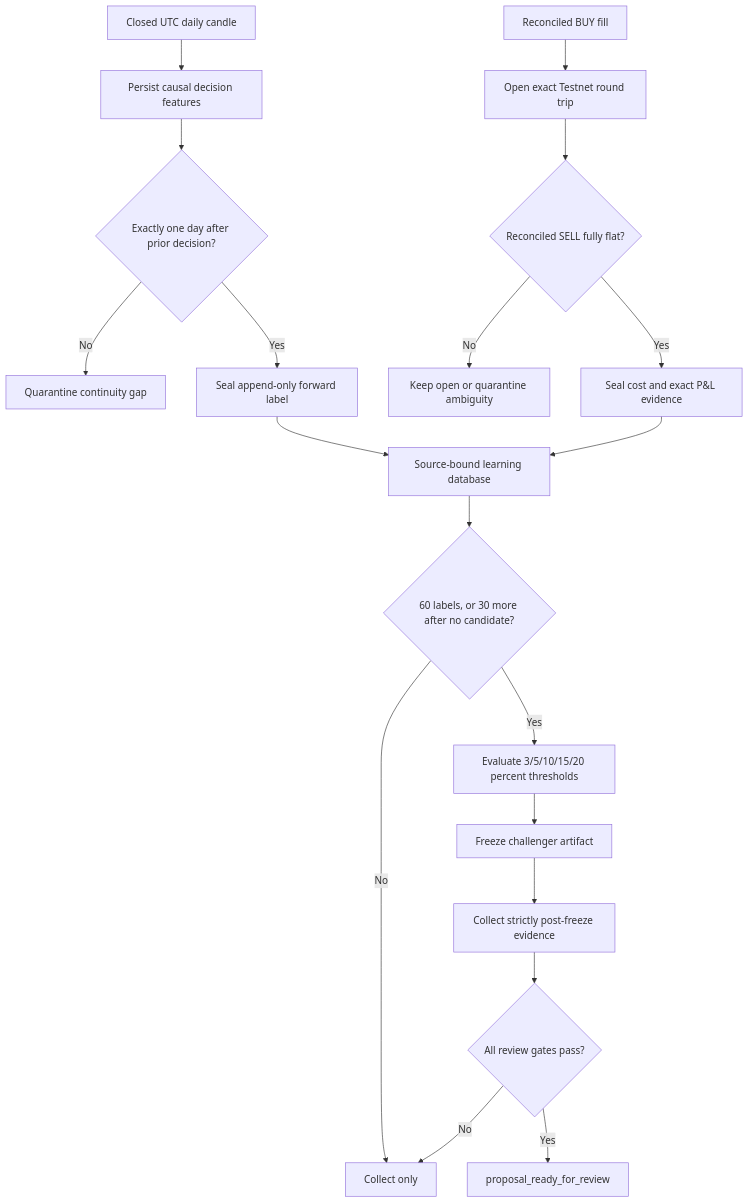
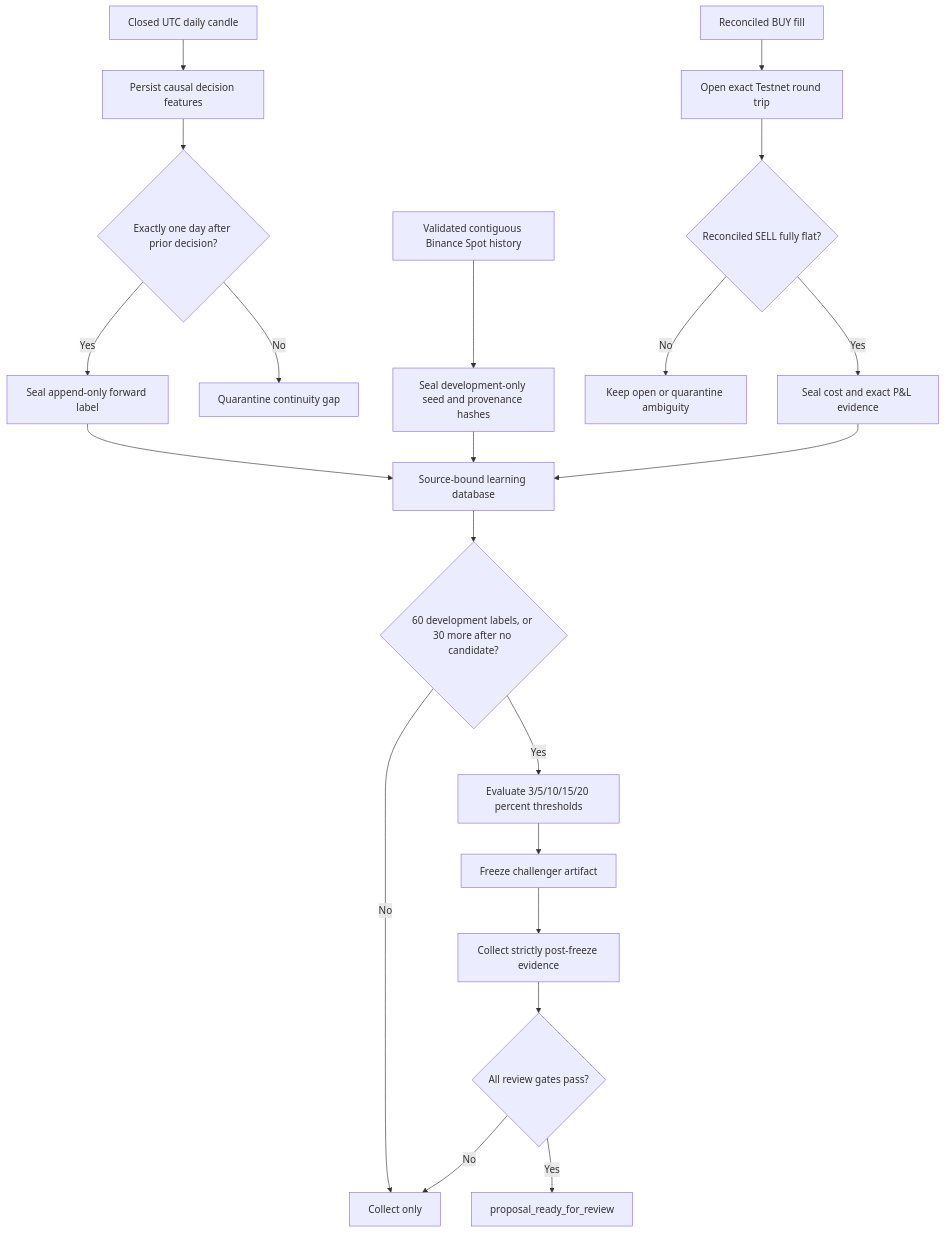
The eighth of 13 diagrams in ARCHITECTURE.md (Dogukanphysic/quant-remora), drawn with Mermaid before and after one commit. The commit also changed other lines of this file and 14 other files, not shown here.

Commit message:
Seed Testnet learner from verified history

````diff
--- a/ARCHITECTURE.md
+++ b/ARCHITECTURE.md
@@ -455,21 +488,23 @@
 ```mermaid
 flowchart TD
+    HS[Validated contiguous Binance Spot history] --> Z[Seal development-only seed and provenance hashes]
     C[Closed UTC daily candle] --> D[Persist causal decision features]
     D --> X{Exactly one day after prior decision?}
     X -- No --> Q[Quarantine continuity gap]
     X -- Yes --> S[Seal append-only forward label]
     B[Reconciled BUY fill] --> O[Open exact Testnet round trip]
     O --> E{Reconciled SELL fully flat?}
     E -- No --> H[Keep open or quarantine ambiguity]
     E -- Yes --> R[Seal cost and exact P&L evidence]
     S --> L[Source-bound learning database]
+    Z --> L
     R --> L
-    L --> T{60 labels, or 30 more after no candidate?}
+    L --> T{60 development labels, or 30 more after no candidate?}
     T -- No --> W[Collect only]
     T -- Yes --> G[Evaluate 3/5/10/15/20 percent thresholds]
     G --> F[Freeze challenger artifact]
     F --> P[Collect strictly post-freeze evidence]
     P --> V{All review gates pass?}
     V -- No --> W
     V -- Yes --> Y[proposal_ready_for_review]
 ```
````
